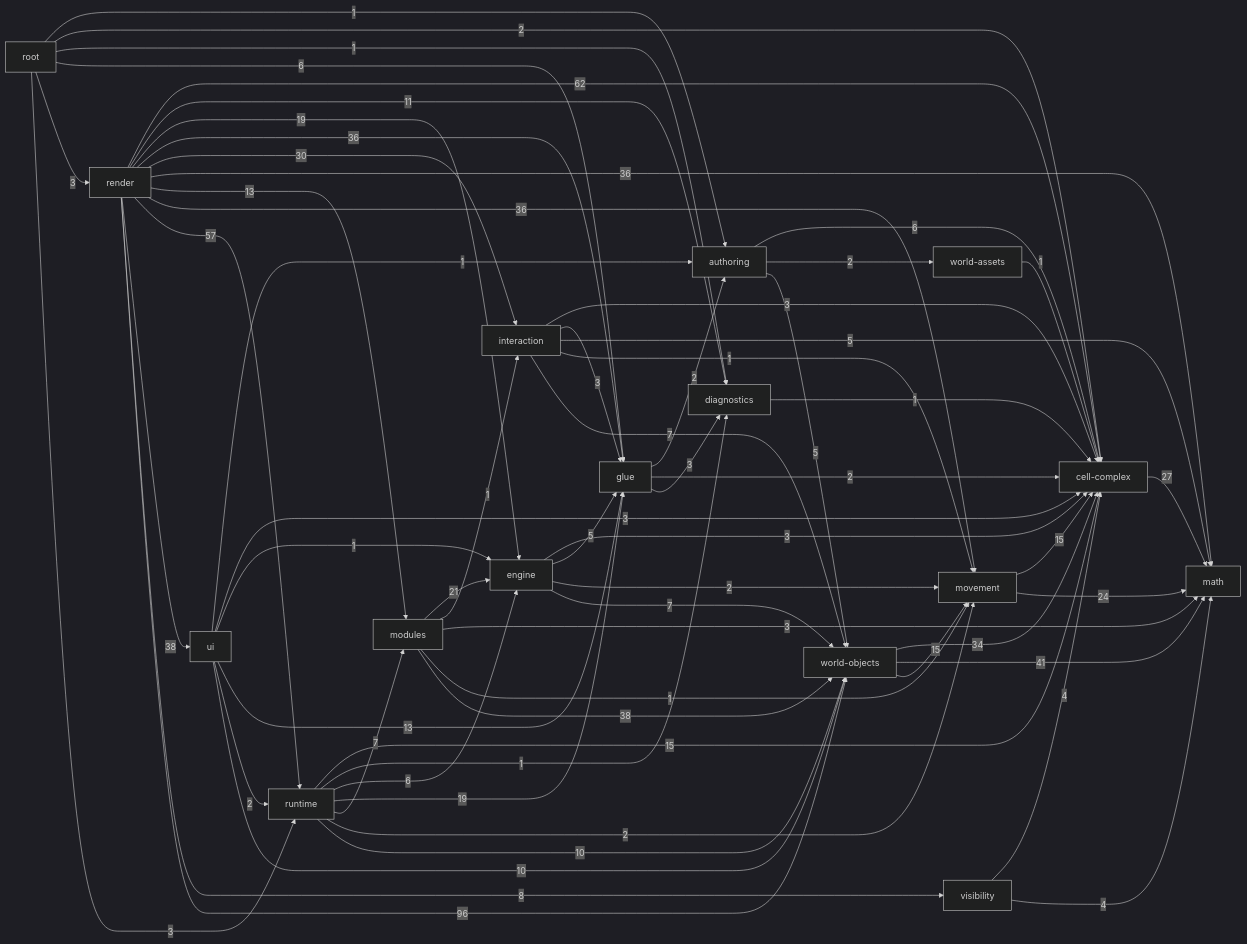
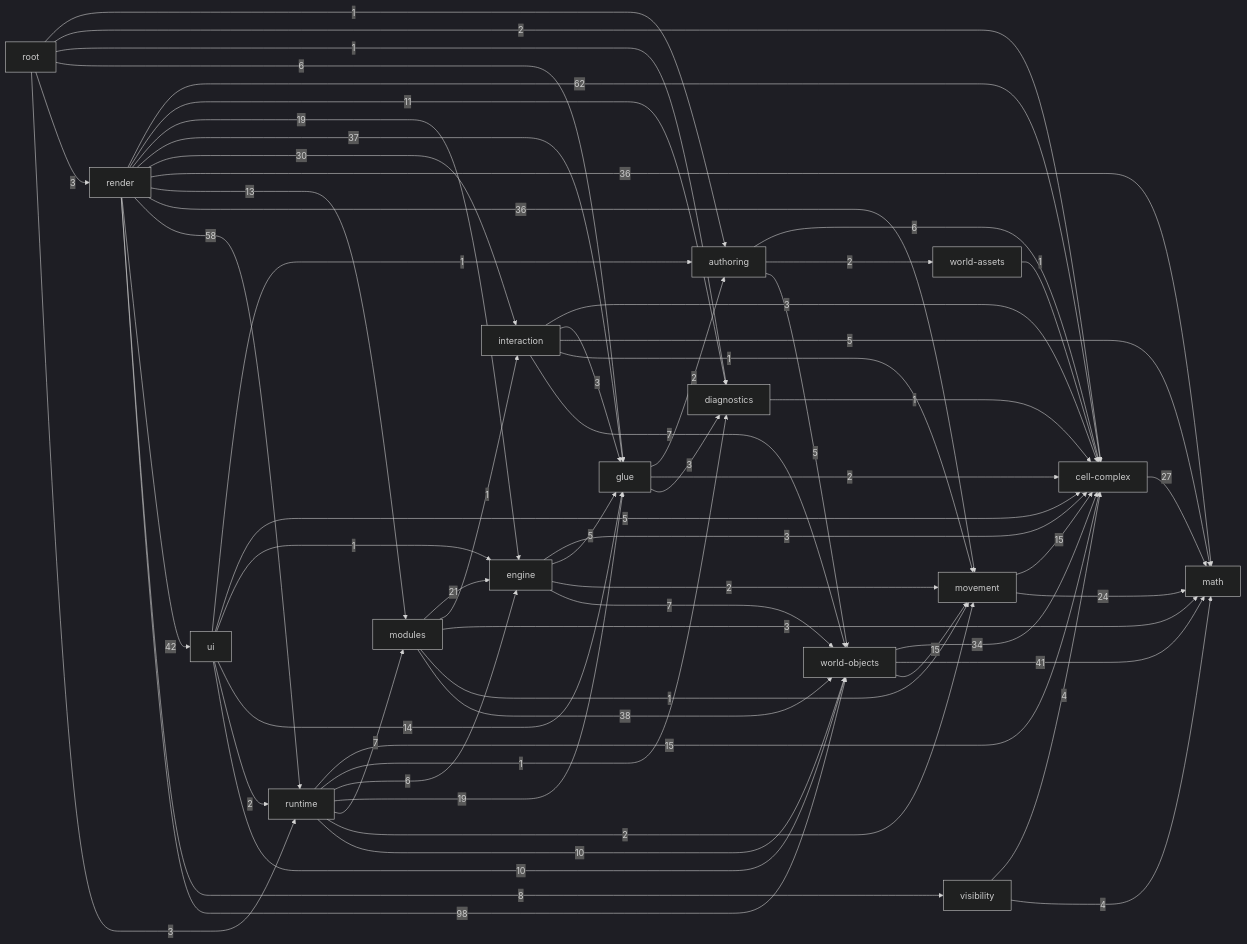
The diagram in _docs/generated/ARCHITECTURE_REFERENCE.md (guraltsev/noneuclid-fpv), drawn with Mermaid (dark theme) before and after one commit. The commit also changed other lines of this file and 37 other files, not shown here.

````diff
--- a/_docs/generated/ARCHITECTURE_REFERENCE.md
+++ b/_docs/generated/ARCHITECTURE_REFERENCE.md
@@ -37,80 +37,80 @@
 ```mermaid
 flowchart LR
   math["math"]
   cell_complex["cell-complex"]
   diagnostics["diagnostics"]
   visibility["visibility"]
   movement["movement"]
   world_assets["world-assets"]
   world_objects["world-objects"]
   authoring["authoring"]
   glue["glue"]
   interaction["interaction"]
   engine["engine"]
   modules["modules"]
   runtime["runtime"]
   ui["ui"]
   render["render"]
   root["root"]
   authoring -->|6| cell_complex
   authoring -->|2| world_assets
   authoring -->|5| world_objects
   cell_complex -->|27| math
   diagnostics -->|1| cell_complex
   engine -->|3| cell_complex
   engine -->|5| glue
   engine -->|2| movement
   engine -->|7| world_objects
   glue -->|2| authoring
   glue -->|2| cell_complex
   glue -->|3| diagnostics
   interaction -->|3| cell_complex
   interaction -->|3| glue
   interaction -->|5| math
   interaction -->|1| movement
   interaction -->|7| world_objects
   modules -->|21| engine
   modules -->|1| interaction
   modules -->|3| math
   modules -->|1| movement
   modules -->|38| world_objects
   movement -->|15| cell_complex
   movement -->|24| math
   render -->|62| cell_complex
   render -->|11| diagnostics
   render -->|19| engine
-  render -->|36| glue
+  render -->|37| glue
   render -->|30| interaction
   render -->|36| math
   render -->|13| modules
   render -->|36| movement
-  render -->|57| runtime
-  render -->|38| ui
+  render -->|58| runtime
+  render -->|42| ui
   render -->|8| visibility
-  render -->|96| world_objects
+  render -->|98| world_objects
   root -->|1| authoring
   root -->|2| cell_complex
   root -->|1| diagnostics
   root -->|6| glue
   root -->|3| render
   root -->|3| runtime
   runtime -->|15| cell_complex
   runtime -->|1| diagnostics
   runtime -->|6| engine
   runtime -->|19| glue
   runtime -->|7| modules
   runtime -->|2| movement
   runtime -->|10| world_objects
   ui -->|1| authoring
-  ui -->|3| cell_complex
+  ui -->|5| cell_complex
   ui -->|1| engine
-  ui -->|13| glue
+  ui -->|14| glue
   ui -->|2| runtime
   ui -->|10| world_objects
   visibility -->|4| cell_complex
   visibility -->|4| math
   world_assets -->|1| cell_complex
   world_objects -->|34| cell_complex
   world_objects -->|41| math
   world_objects -->|15| movement
 ```
````
